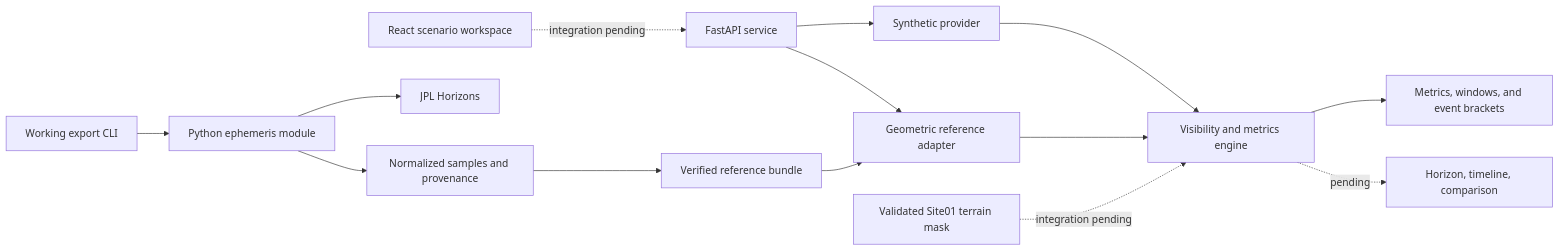
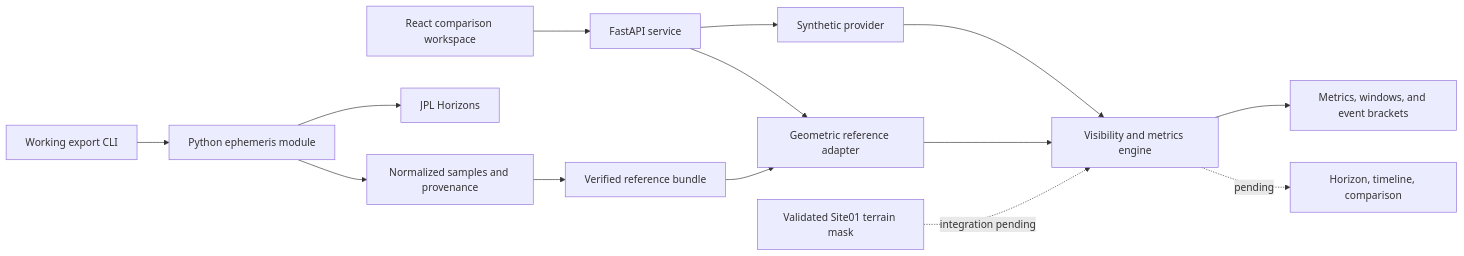
The diagram in docs/architecture.md (mihaicostache1/nasa-space-apps), drawn with Mermaid before and after one commit. The commit also changed other lines of this file and 8 other files, not shown here.

````diff
--- a/docs/architecture.md
+++ b/docs/architecture.md
@@ -37,16 +38,16 @@
 ```mermaid
 flowchart LR
-  UI[React scenario workspace] -. integration pending .-> API[FastAPI service]
+  UI[React comparison workspace] --> API[FastAPI service]
   API --> Demo[Synthetic provider]
   API --> Reference[Geometric reference adapter]
   Archive[Verified reference bundle] --> Reference
   Reference --> Domain
   Demo --> Domain[Visibility and metrics engine]
   Domain --> Result[Metrics, windows, and event brackets]
   CLI[Working export CLI] --> Provider[Python ephemeris module]
   Provider --> Horizons[JPL Horizons]
   Provider --> Data[Normalized samples and provenance]
   Data --> Archive
   Mask[Validated Site01 terrain mask] -. integration pending .-> Domain
   Domain -. pending .-> Views[Horizon, timeline, comparison]
 ```
````
